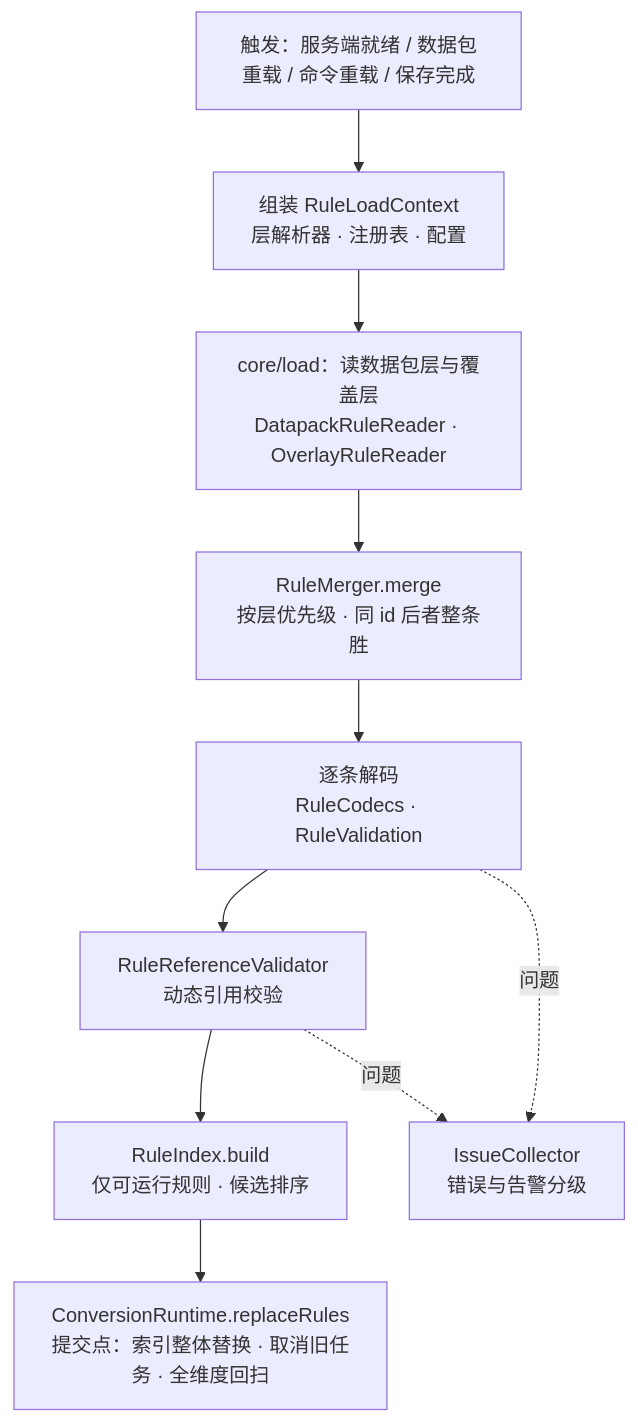
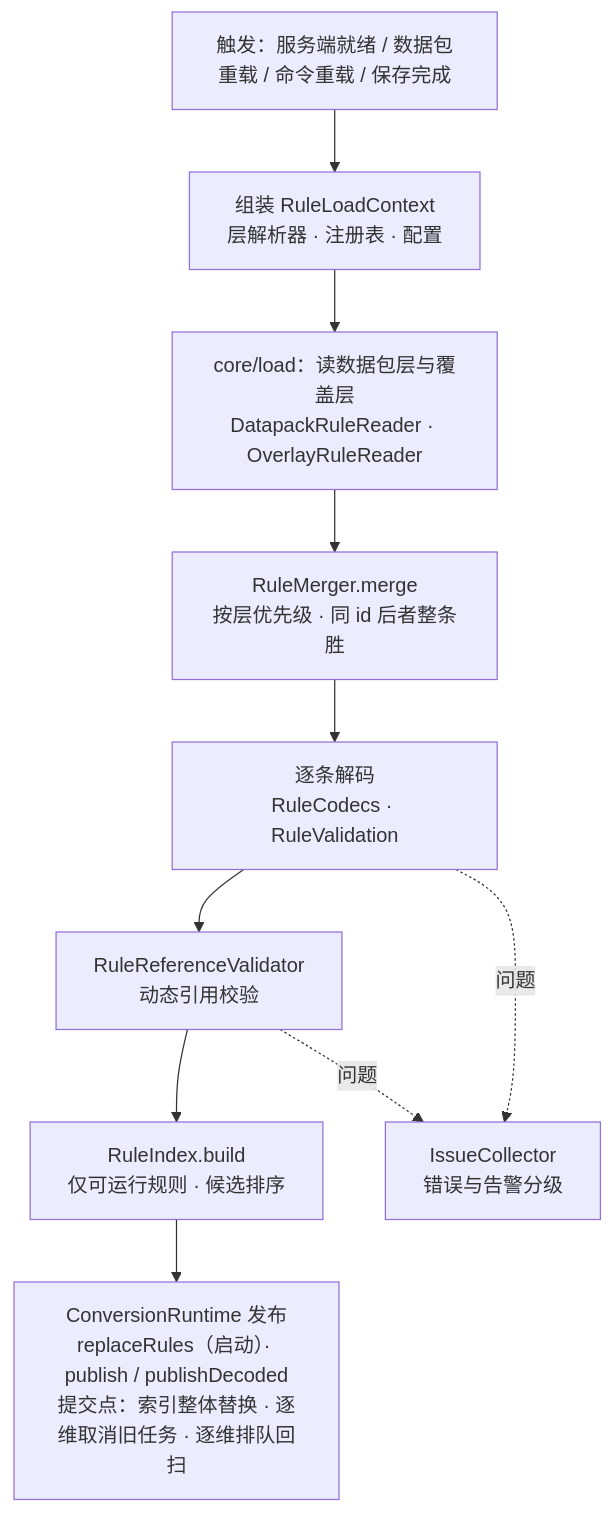
Before and after one commit to meteoritel/item-despawn-to-what: the first of 3 diagrams in docs/architecture/key-flows.md, drawn with Mermaid. The commit also changed other lines of this file and 12 other files, not shown here.

````diff
--- a/docs/architecture/key-flows.md
+++ b/docs/architecture/key-flows.md
@@ -29,12 +29,12 @@
 ```mermaid
 flowchart TB
     T["触发：服务端就绪 / 数据包重载 / 命令重载 / 保存完成"] --> H["组装 RuleLoadContext<br/>层解析器 · 注册表 · 配置"]
     H --> D["core/load：读数据包层与覆盖层<br/>DatapackRuleReader · OverlayRuleReader"]
     D --> M["RuleMerger.merge<br/>按层优先级 · 同 id 后者整条胜"]
     M --> E["逐条解码<br/>RuleCodecs · RuleValidation"]
     E --> V["RuleReferenceValidator<br/>动态引用校验"]
     V --> I["RuleIndex.build<br/>仅可运行规则 · 候选排序"]
-    I --> A["ConversionRuntime.replaceRules<br/>提交点：索引整体替换 · 取消旧任务 · 全维度回扫"]
+    I --> A["ConversionRuntime 发布<br/>replaceRules（启动）· publish / publishDecoded<br/>提交点：索引整体替换 · 逐维取消旧任务 · 逐维排队回扫"]
     E -.问题.-> O["IssueCollector<br/>错误与告警分级"]
     V -.问题.-> O
 ```
````
